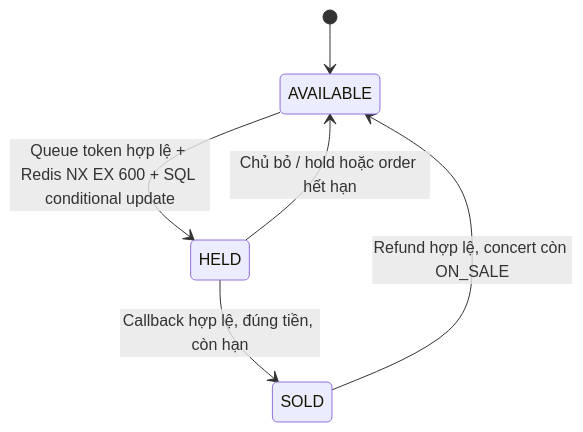
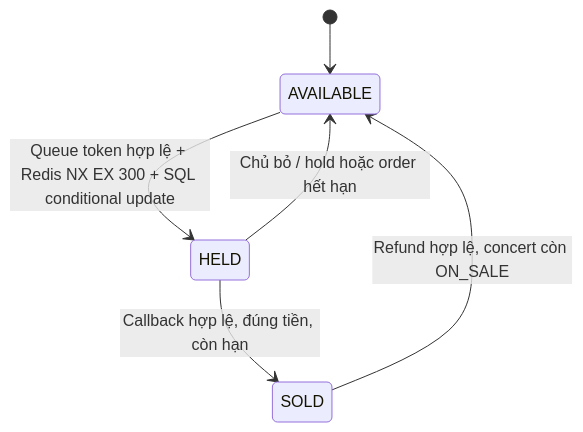
Diagram 17 of 20 in business-analysis/System_Design_Presentation.md (toanteng11/concert-ticketing-docs), drawn with Mermaid before and after one commit. The commit also changed other lines of this file and 43 other files, not shown here.

````diff
--- a/business-analysis/System_Design_Presentation.md
+++ b/business-analysis/System_Design_Presentation.md
@@ -854,8 +855,8 @@
-~~~mermaid
+```mermaid
 stateDiagram-v2
   [*] --> AVAILABLE
-  AVAILABLE --> HELD: Queue token hợp lệ + Redis NX EX 600 + SQL conditional update
+  AVAILABLE --> HELD: Queue token hợp lệ + Redis NX EX 300 + SQL conditional update
   HELD --> AVAILABLE: Chủ bỏ / hold hoặc order hết hạn
   HELD --> SOLD: Callback hợp lệ, đúng tiền, còn hạn
   SOLD --> AVAILABLE: Refund hợp lệ, concert còn ON_SALE
-~~~
+```
````
